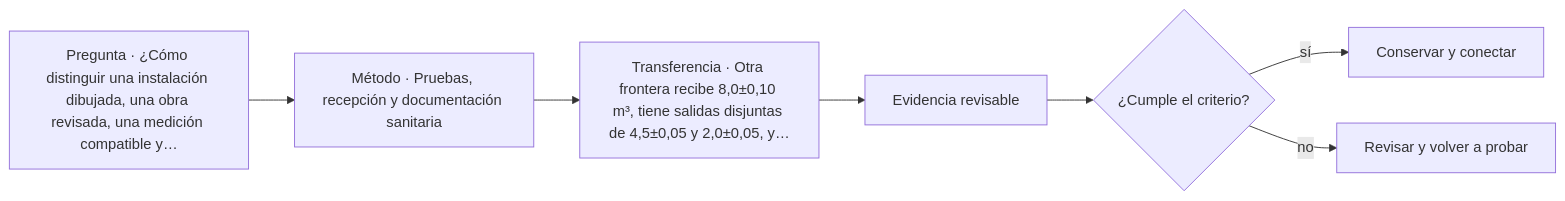
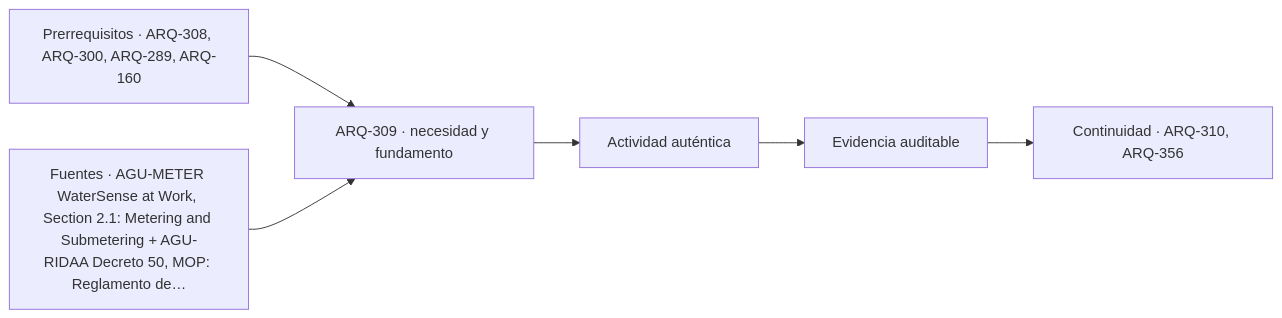
The diagram in classes/parte-31/ARQ-309.md (vladimiracunadev-create/architecture-built-environment-learning-program), drawn with Mermaid before and after one commit. The commit also changed other lines of this file and 761 other files, not shown here.

````diff
--- a/classes/parte-31/ARQ-309.md
+++ b/classes/parte-31/ARQ-309.md
@@ -117,9 +129,8 @@
 ```mermaid
 flowchart LR
-    Q["Pregunta · ¿Cómo distinguir una instalación dibujada, una obra revisada, una medición compatible y…"] --> M["Método · Pruebas, recepción y documentación sanitaria"]
-    M --> P["Transferencia · Otra frontera recibe 8,0±0,10 m³, tiene salidas disjuntas de 4,5±0,05 y 2,0±0,05, y…"]
-    P --> E["Evidencia revisable"]
-    E --> C{"¿Cumple el criterio?"}
-    C -->|sí| T["Conservar y conectar"]
-    C -->|no| R["Revisar y volver a probar"]
+    A["Prerrequisitos · ARQ-308, ARQ-300, ARQ-289, ARQ-160"] --> B["ARQ-309 · necesidad y fundamento"]
+    S["Fuentes · AGU-METER WaterSense at Work, Section 2.1: Metering and Submetering + AGU-RIDAA Decreto 50, MOP: Reglamento de…"] --> B
+    B --> C["Actividad auténtica"]
+    C --> D["Evidencia auditable"]
+    D --> E["Continuidad · ARQ-310, ARQ-356"]
 ```
````
